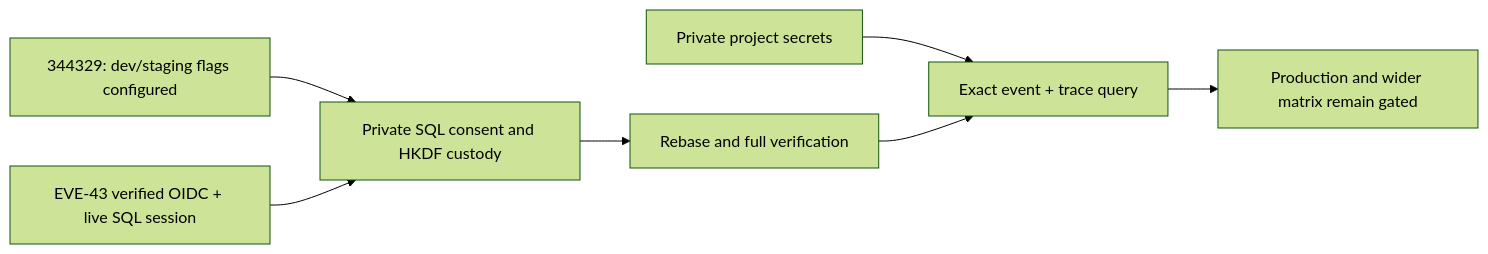
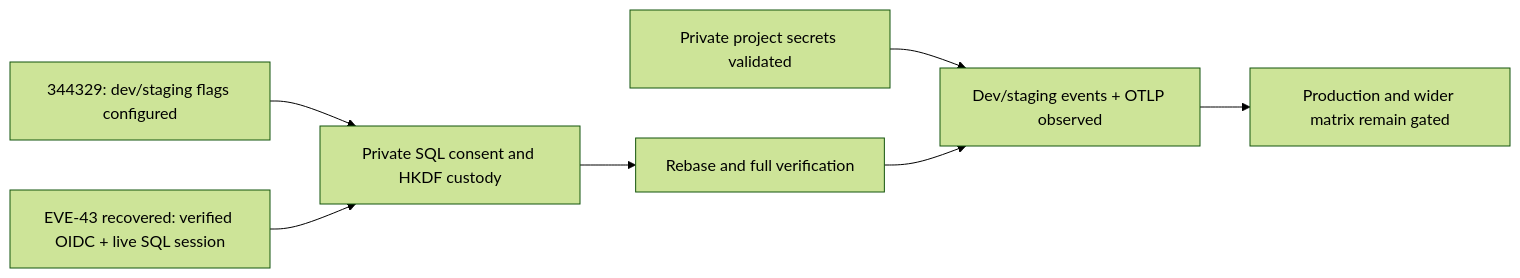
The sixth of 21 diagrams in docs/planning/timeline.md (Resnovas/Eventiva), drawn with Mermaid (forest theme) before and after one commit. The commit also changed other lines of this file and 8 other files, not shown here.

First line of the commit message:
feat(telemetry): compose verified local consent and live export (EVE-58)

````diff
--- a/docs/planning/timeline.md
+++ b/docs/planning/timeline.md
@@ -144,9 +144,9 @@
 ```mermaid
 flowchart LR
     Project["344329: dev/staging flags configured"] --> Compose["Private SQL consent and HKDF custody"]
-    OIDC["EVE-43 verified OIDC + live SQL session"] --> Compose
+    OIDC["EVE-43 recovered: verified OIDC + live SQL session"] --> Compose
     Compose --> Verify["Rebase and full verification"]
-    Secrets["Private project secrets"] --> Arrival["Exact event + trace query"]
+    Secrets["Private project secrets validated"] --> Arrival["Dev/staging events + OTLP observed"]
     Verify --> Arrival
     Arrival --> Gates["Production and wider matrix remain gated"]
 ```
````
